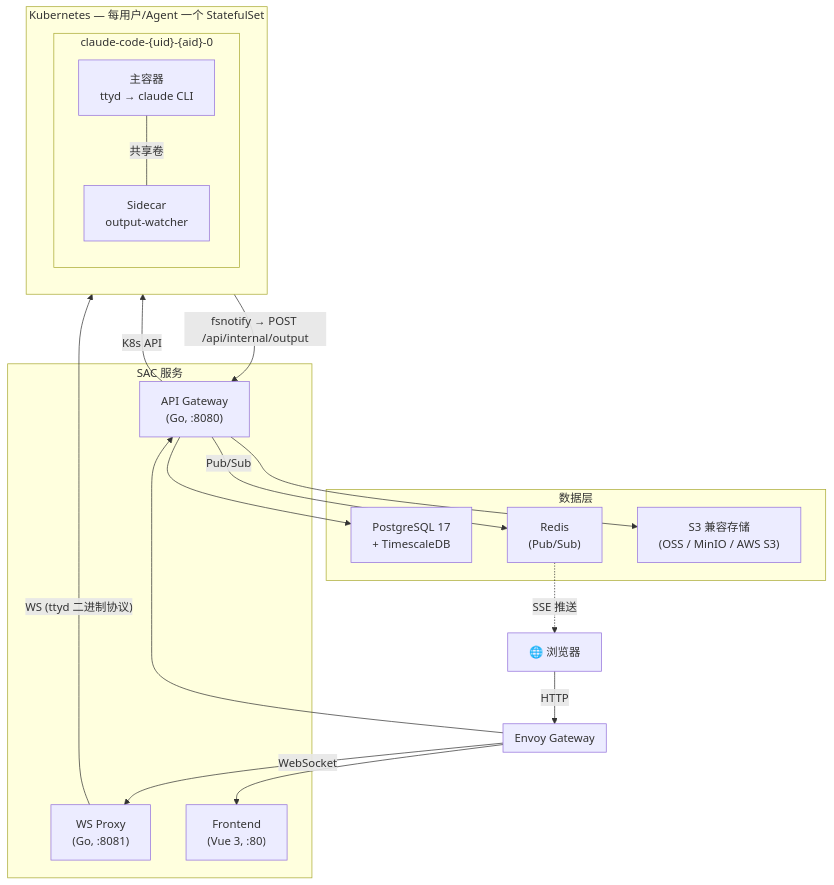
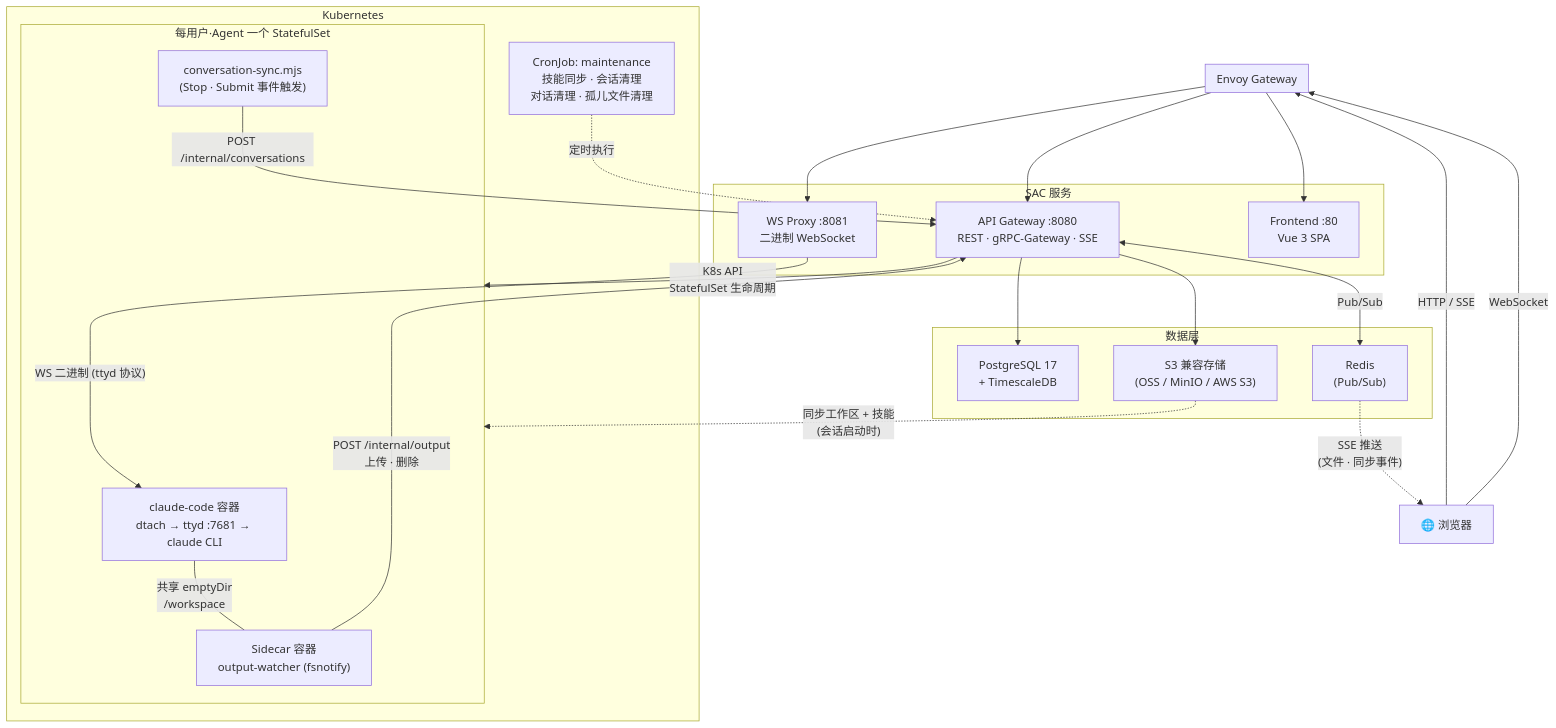
Before and after one commit to aireet/sac: the first of 2 diagrams in docs/i18n/README.zh.md, drawn with Mermaid. The commit also changed other lines of this file and 1 other file, not shown here.

Commit message:
docs: redesign architecture diagrams with full system details
Add gRPC-Gateway, conversation-sync hook, maintenance CronJob,
and dtach session persistence to system overview diagram. Add
agent pod internals diagram showing ConfigMap mounts, skill sync,
and incremental conversation sync. Split diagrams with section
headings for readability.

````diff
--- a/docs/i18n/README.zh.md
+++ b/docs/i18n/README.zh.md
@@ -26,44 +28,49 @@
 ```mermaid
 graph TB
     Browser["🌐 浏览器"]
 
     subgraph Gateway["Envoy Gateway"]
         direction LR
     end
 
     subgraph Services["SAC 服务"]
-        API["API Gateway<br/>(Go, :8080)"]
-        WS["WS Proxy<br/>(Go, :8081)"]
-        FE["Frontend<br/>(Vue 3, :80)"]
+        API["API Gateway :8080<br/>REST · gRPC-Gateway · SSE"]
+        WS["WS Proxy :8081<br/>二进制 WebSocket"]
+        FE["Frontend :80<br/>Vue 3 SPA"]
     end
 
     subgraph Data["数据层"]
         PG["PostgreSQL 17<br/>+ TimescaleDB"]
         Redis["Redis<br/>(Pub/Sub)"]
         S3["S3 兼容存储<br/>(OSS / MinIO / AWS S3)"]
     end
 
-    subgraph K8s["Kubernetes — 每用户/Agent 一个 StatefulSet"]
-        direction TB
-        subgraph Pod["claude-code-{uid}-{aid}-0"]
-            Main["主容器<br/>ttyd → claude CLI"]
-            Sidecar["Sidecar<br/>output-watcher"]
+    subgraph K8s["Kubernetes"]
+        subgraph Pod["每用户·Agent 一个 StatefulSet"]
+            Main["claude-code 容器<br/>dtach → ttyd :7681 → claude CLI"]
+            Sidecar["Sidecar 容器<br/>output-watcher (fsnotify)"]
+            Hook["conversation-sync.mjs<br/>(Stop · Submit 事件触发)"]
         end
+        Cron["CronJob: maintenance<br/>技能同步 · 会话清理<br/>对话清理 · 孤儿文件清理"]
     end
 
-    Browser -->|HTTP| Gateway
+    Browser -->|"HTTP / SSE"| Gateway
+    Browser -->|WebSocket| Gateway
+    Gateway --> FE
     Gateway --> API
-    Gateway -->|WebSocket| WS
-    Gateway --> FE
+    Gateway --> WS
 
-    WS -->|"WS (ttyd 二进制协议)"| Main
-    API -->|K8s API| Pod
+    WS -->|"WS 二进制 (ttyd 协议)"| Main
+    API -->|"K8s API<br/>StatefulSet 生命周期"| Pod
     API --> PG
     API --> S3
-    API -->|Pub/Sub| Redis
+    API <-->|Pub/Sub| Redis
 
-    Sidecar -->|"fsnotify → POST /api/internal/output"| API
-    Redis -.->|"SSE 推送"| Browser
+    Sidecar -->|"POST /internal/output<br/>上传 · 删除"| API
+    Hook -->|"POST /internal/conversations"| API
+    Main ---|"共享 emptyDir<br/>/workspace"| Sidecar
 
-    Main ---|共享卷| Sidecar
+    S3 -.->|"同步工作区 + 技能<br/>(会话启动时)"| Pod
+    Redis -.->|"SSE 推送<br/>(文件 · 同步事件)"| Browser
+    Cron -.->|定时执行| API
 ```
````
